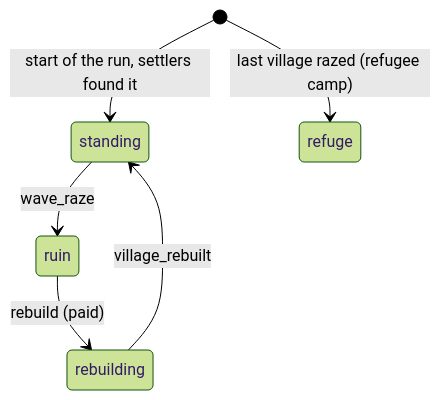
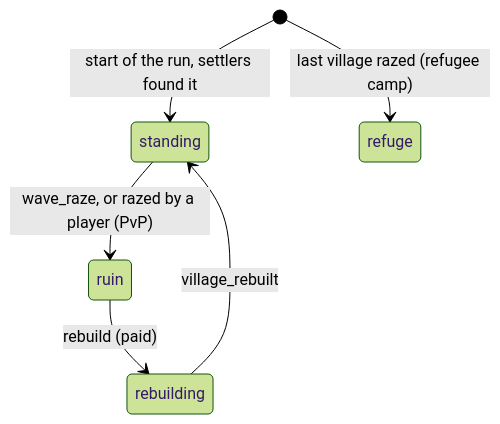
Diagram 21 of 21 in docs/state-machines.md (wesely1996/slavian), drawn with Mermaid (forest theme) before and after one commit. The commit also changed other lines of this file and 72 other files, not shown here.

````diff
--- a/docs/state-machines.md
+++ b/docs/state-machines.md
@@ -316,8 +319,8 @@
 ```mermaid
 stateDiagram-v2
   [*] --> standing: start of the run, settlers found it
   [*] --> refuge: last village razed (refugee camp)
-  standing --> ruin: wave_raze
+  standing --> ruin: wave_raze, or razed by a player (PvP)
   ruin --> rebuilding: rebuild (paid)
   rebuilding --> standing: village_rebuilt
 ```
````
